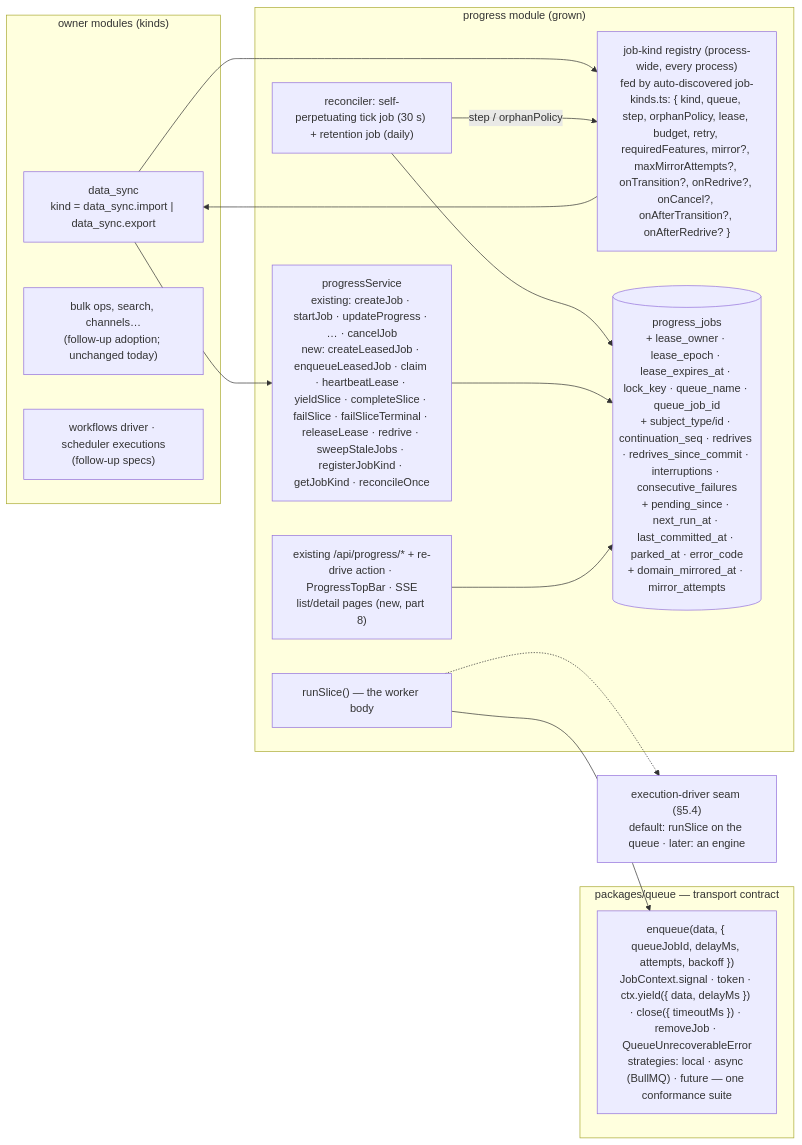
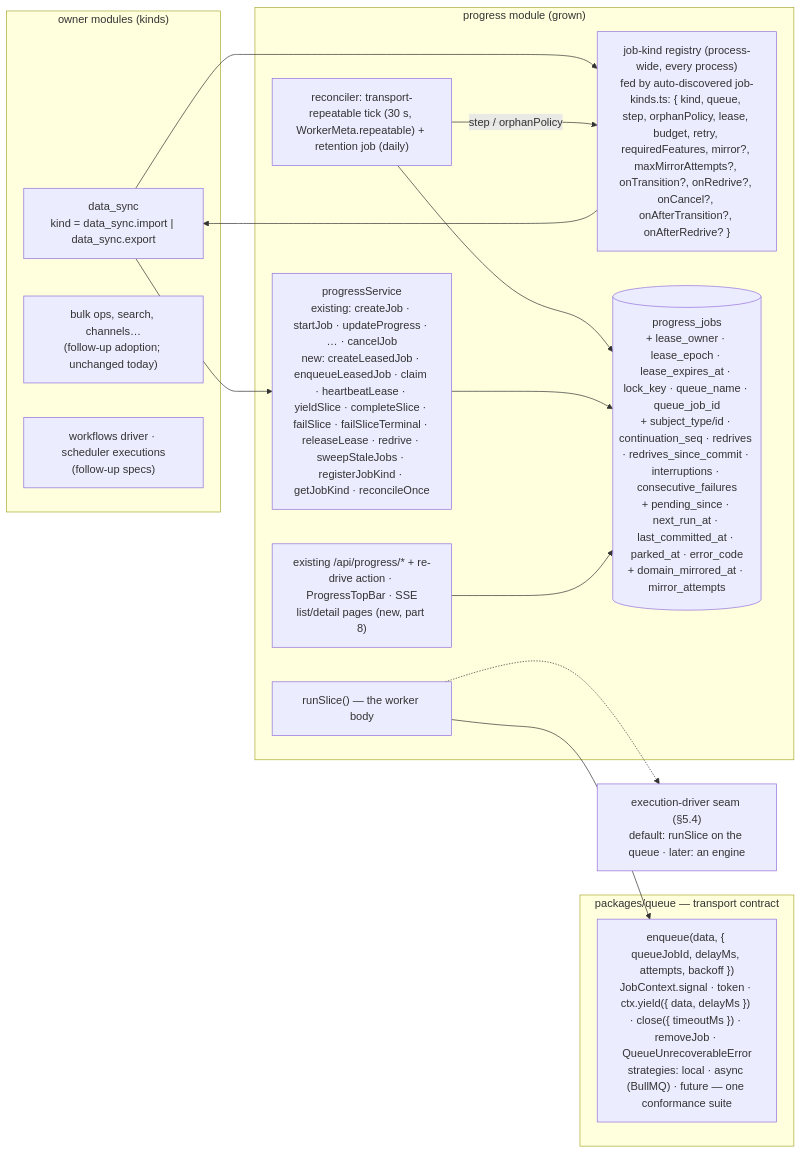
The diagram in .ai/specs/2026-08-21-background-work-04-solution.md (open-mercato/open-mercato), drawn with Mermaid before and after one commit. The commit also changed other lines of this file and 1 other file, not shown here.

Commit message:
docs(specs): round 6 — repeatable-tick diagram label, running-row next_run_at writers, test 9j grace window

````diff
--- a/.ai/specs/2026-08-21-background-work-04-solution.md
+++ b/.ai/specs/2026-08-21-background-work-04-solution.md
@@ -108,27 +108,27 @@
 ```mermaid
 flowchart LR
   subgraph Owners["owner modules (kinds)"]
     DS["data_sync<br/>kind = data_sync.import | data_sync.export"]
     BULK["bulk ops, search, channels…<br/>(follow-up adoption; unchanged today)"]
     WF["workflows driver · scheduler executions<br/>(follow-up specs)"]
   end
   subgraph P["progress module (grown)"]
     SVC["progressService<br/>existing: createJob · startJob · updateProgress · … · cancelJob<br/>new: createLeasedJob · enqueueLeasedJob · claim · heartbeatLease · yieldSlice · completeSlice · failSlice · failSliceTerminal · releaseLease · redrive · sweepStaleJobs · registerJobKind · getJobKind · reconcileOnce"]
     REG["job-kind registry (process-wide, every process)<br/>fed by auto-discovered job-kinds.ts: { kind, queue, step, orphanPolicy, lease, budget, retry, requiredFeatures, mirror?, maxMirrorAttempts?, onTransition?, onRedrive?, onCancel?, onAfterTransition?, onAfterRedrive? }"]
     SLICE["runSlice() — the worker body"]
-    REC["reconciler: self-perpetuating tick job (30 s) + retention job (daily)"]
+    REC["reconciler: transport-repeatable tick (30 s, WorkerMeta.repeatable) + retention job (daily)"]
     T[("progress_jobs<br/>+ lease_owner · lease_epoch · lease_expires_at · lock_key · queue_name · queue_job_id<br/>+ subject_type/id · continuation_seq · redrives · redrives_since_commit · interruptions · consecutive_failures<br/>+ pending_since · next_run_at · last_committed_at · parked_at · error_code<br/>+ domain_mirrored_at · mirror_attempts")]
     API["existing /api/progress/* + re-drive action · ProgressTopBar · SSE<br/>list/detail pages (new, part 8)"]
   end
   subgraph Q["packages/queue — transport contract"]
     QQ["enqueue(data, { queueJobId, delayMs, attempts, backoff })<br/>JobContext.signal · token · ctx.yield({ data, delayMs }) · close({ timeoutMs }) · removeJob · QueueUnrecoverableError<br/>strategies: local · async (BullMQ) · future — one conformance suite"]
   end
   DRV["execution-driver seam (§5.4)<br/>default: runSlice on the queue · later: an engine"]
   DS --> SVC & REG
   SLICE --> QQ
   REC --> T
   REC -->|step / orphanPolicy| REG --> DS
   SVC --> T
   API --> T
   SLICE -.-> DRV
 ```
````
